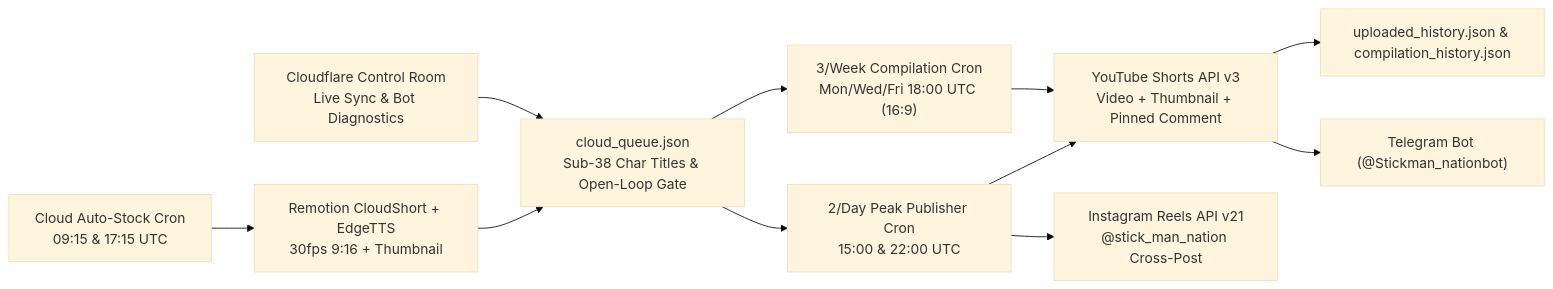
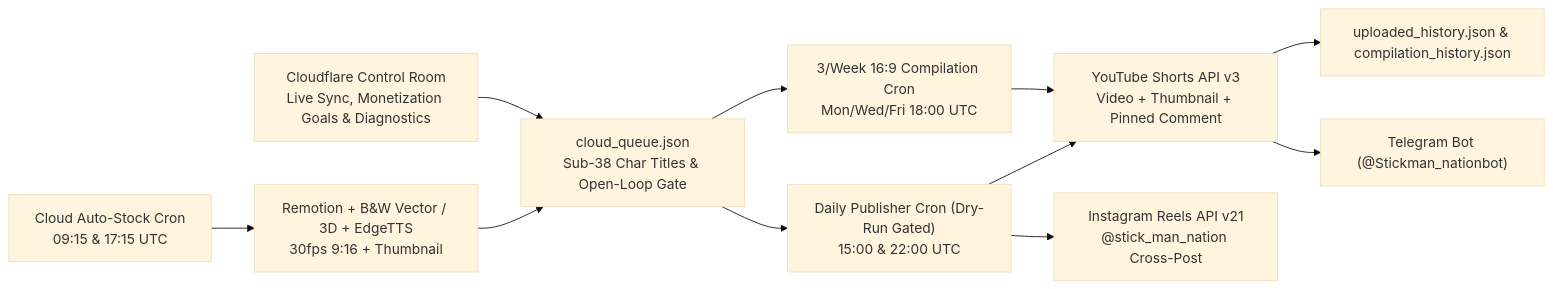
One commit to Charansingaraju1/stickman-automation changed the diagram in README.md. Above: the diagram before and after it, drawn with Mermaid (base theme). The commit also changed other lines of this file and 71 other files, not shown here.

Commit message:
feat: upgrade AI stickman studio, fix cloud dry-runs, add Worker monetization dashboard & 5-agent README

````diff
--- a/README.md
+++ b/README.md
@@ -18,13 +18,13 @@
 ```mermaid
 flowchart LR
-    F["Cloud Auto-Stock Cron\n09:15 & 17:15 UTC"] --> R["Remotion CloudShort + EdgeTTS\n30fps 9:16 + Thumbnail"]
+    F["Cloud Auto-Stock Cron\n09:15 & 17:15 UTC"] --> R["Remotion + B&W Vector / 3D + EdgeTTS\n30fps 9:16 + Thumbnail"]
     R --> Q["cloud_queue.json\nSub-38 Char Titles & Open-Loop Gate"]
-    Q --> P["2/Day Peak Publisher Cron\n15:00 & 22:00 UTC"]
+    Q --> P["Daily Publisher Cron (Dry-Run Gated)\n15:00 & 22:00 UTC"]
     P --> YT["YouTube Shorts API v3\nVideo + Thumbnail + Pinned Comment"]
     P --> IG["Instagram Reels API v21\n@stick_man_nation Cross-Post"]
-    Q --> W["3/Week Compilation Cron\nMon/Wed/Fri 18:00 UTC (16:9)"]
+    Q --> W["3/Week 16:9 Compilation Cron\nMon/Wed/Fri 18:00 UTC"]
     W --> YT
     YT --> H["uploaded_history.json & compilation_history.json"]
     YT --> TG["Telegram Bot (@Stickman_nationbot)"]
-    CF["Cloudflare Control Room\nLive Sync & Bot Diagnostics"] --> Q
+    CF["Cloudflare Control Room\nLive Sync, Monetization Goals & Diagnostics"] --> Q
 ```
````
